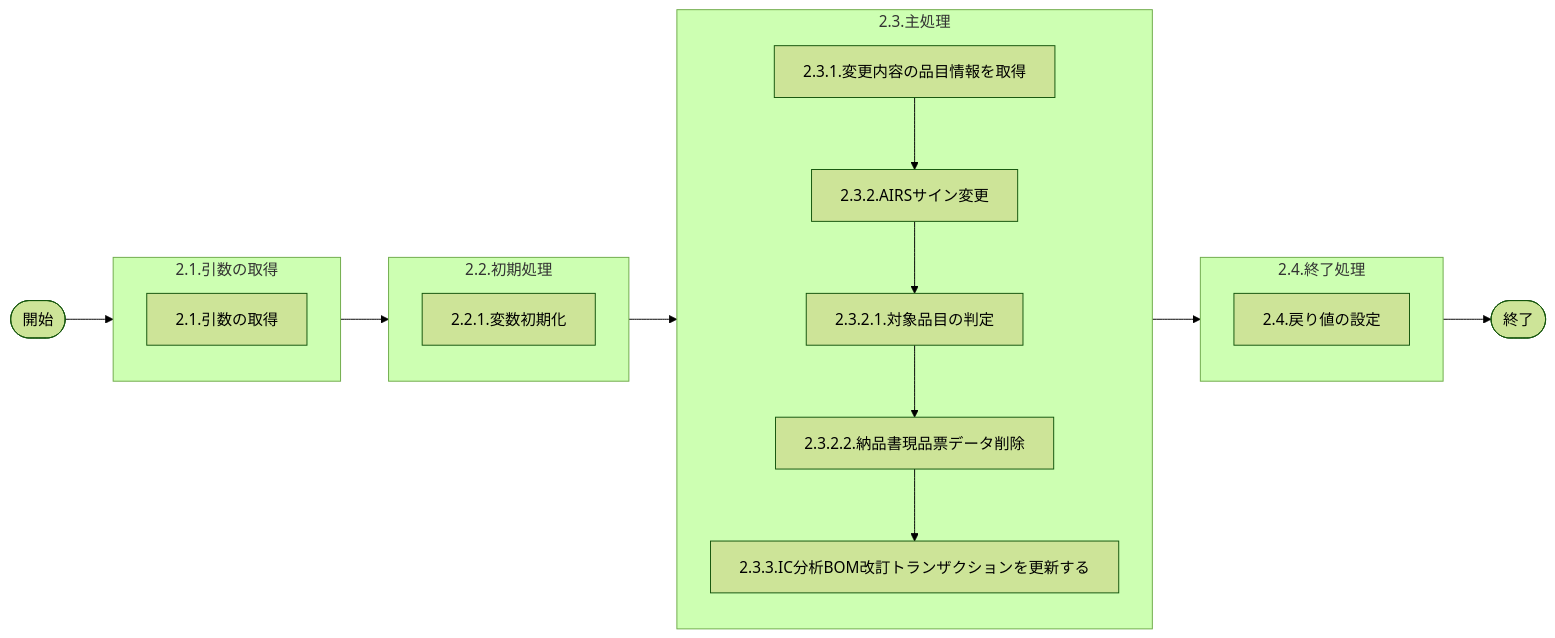
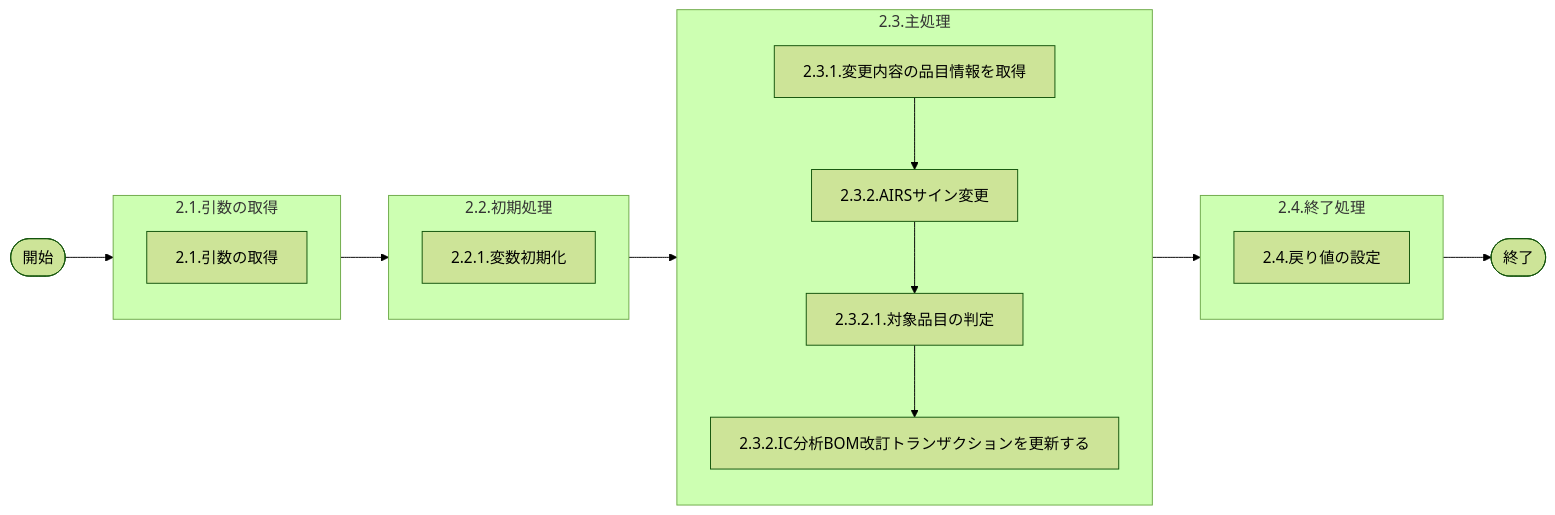
The diagram in LDPS0004_詳細設計_IC分析メイン処理-AIRSサイン変更(現品票削除用)S≠Uairs.md (huangyiyong-xm/GIMAC_IC_design), drawn with Mermaid (forest theme) before and after one commit. The commit also changed other lines of this file and 4 other files, not shown here.

````diff
--- a/LDPS0004_詳細設計_IC分析メイン処理-AIRSサイン変更(現品票削除用)S≠Uairs.md
+++ b/LDPS0004_詳細設計_IC分析メイン処理-AIRSサイン変更(現品票削除用)S≠Uairs.md
@@ -22,33 +22,32 @@
 ```mermaid
 flowchart LR
    %% メインフローブランチ
    start(["開始"]) --> argBlock --> initBlock --> mainBlock --> endBlock --> endStatus(["終了"])
  
    %% 引数処理詳細フロー
    subgraph argBlock ["2.1.引数の取得"]
      arg_process_and_check["<div style='white-space: nowrap;'>2.1.引数の取得</div>"]
    end
  
    %% 初期処理詳細フロー
    subgraph initBlock ["2.2.初期処理"]
       init_process["<div style='white-space: nowrap;'>2.2.1.変数初期化</div>"]
    end
  
    %% 主処理詳細フロー
    subgraph mainBlock ["2.3.主処理"]
      main_process["<div style='white-space: nowrap;'>2.3.1.変更内容の品目情報を取得</div>"] 
      main_process --> airSign["<div style='white-space: nowrap;'>2.3.2.AIRSサイン変更</div>"] 
-     airSign --> flagCheck["<div style='white-space: nowrap;'>2.3.2.1.対象品目の判定</div>"] 
-     flagCheck --> callSP["<div style='white-space: nowrap;'>2.3.2.2.納品書現品票データ削除</div>"] 
-     callSP --> updateDerev["<div style='white-space: nowrap;'>2.3.3.IC分析BOM改訂トランザクションを更新する</div>"]
+     airSign --> flagCheck["<div style='white-space: nowrap;'>2.3.2.1.対象品目の判定</div>"]  
+     flagCheck --> updateDerev["<div style='white-space: nowrap;'>2.3.2.IC分析BOM改訂トランザクションを更新する</div>"]
 
    end
  
    %% 終了処理
    subgraph endBlock ["2.4.終了処理"]
      end_process["<div style='white-space: nowrap;'>2.4.戻り値の設定</div>"]
    end
  
    class start,end_process startEnd
    class arg_process,init_process,main_process process
 ```
````
